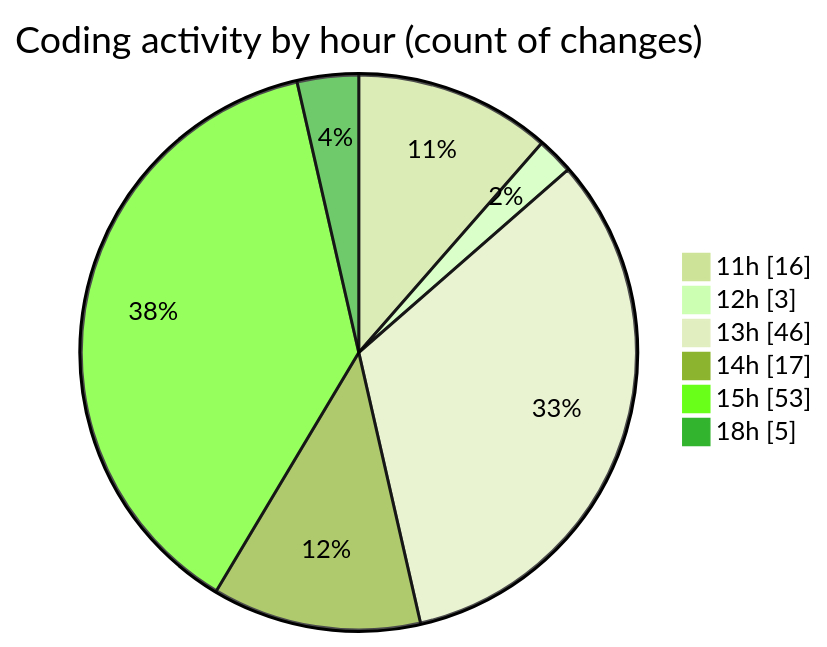
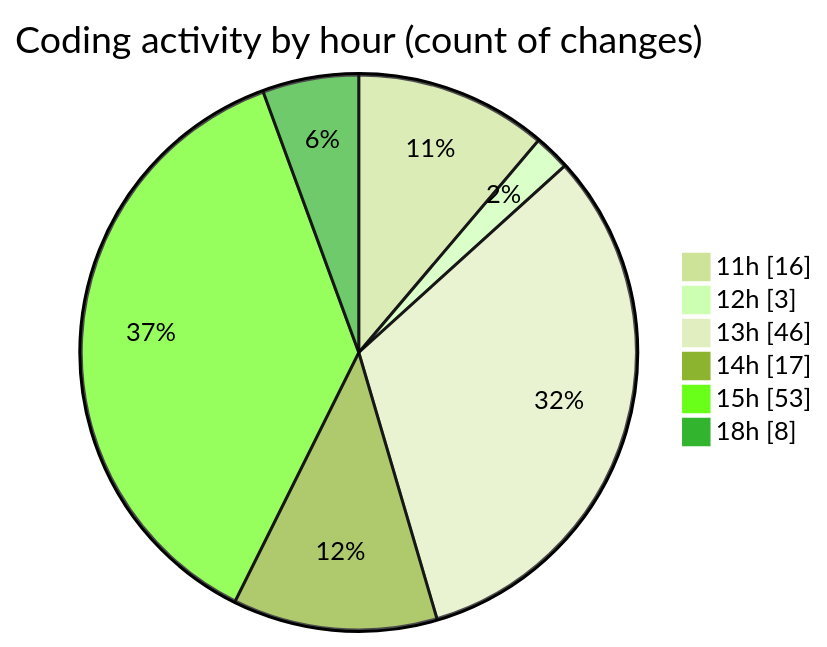
One commit to nxtqubesakshisongat/code-tracking changed the second of 2 diagrams in 2025-07-08/argos/README.md. Above: the diagram before and after it, drawn with Mermaid (forest theme). The commit also changed other lines of this file and 1 other file, not shown here.

````diff
--- a/2025-07-08/argos/README.md
+++ b/2025-07-08/argos/README.md
@@ -34,10 +34,10 @@
 ```mermaid
 pie showData
 title Coding activity by hour (count of changes)
 "11h" : 16
 "12h" : 3
 "13h" : 46
 "14h" : 17
 "15h" : 53
-"18h" : 5
+"18h" : 8
 ```
````
